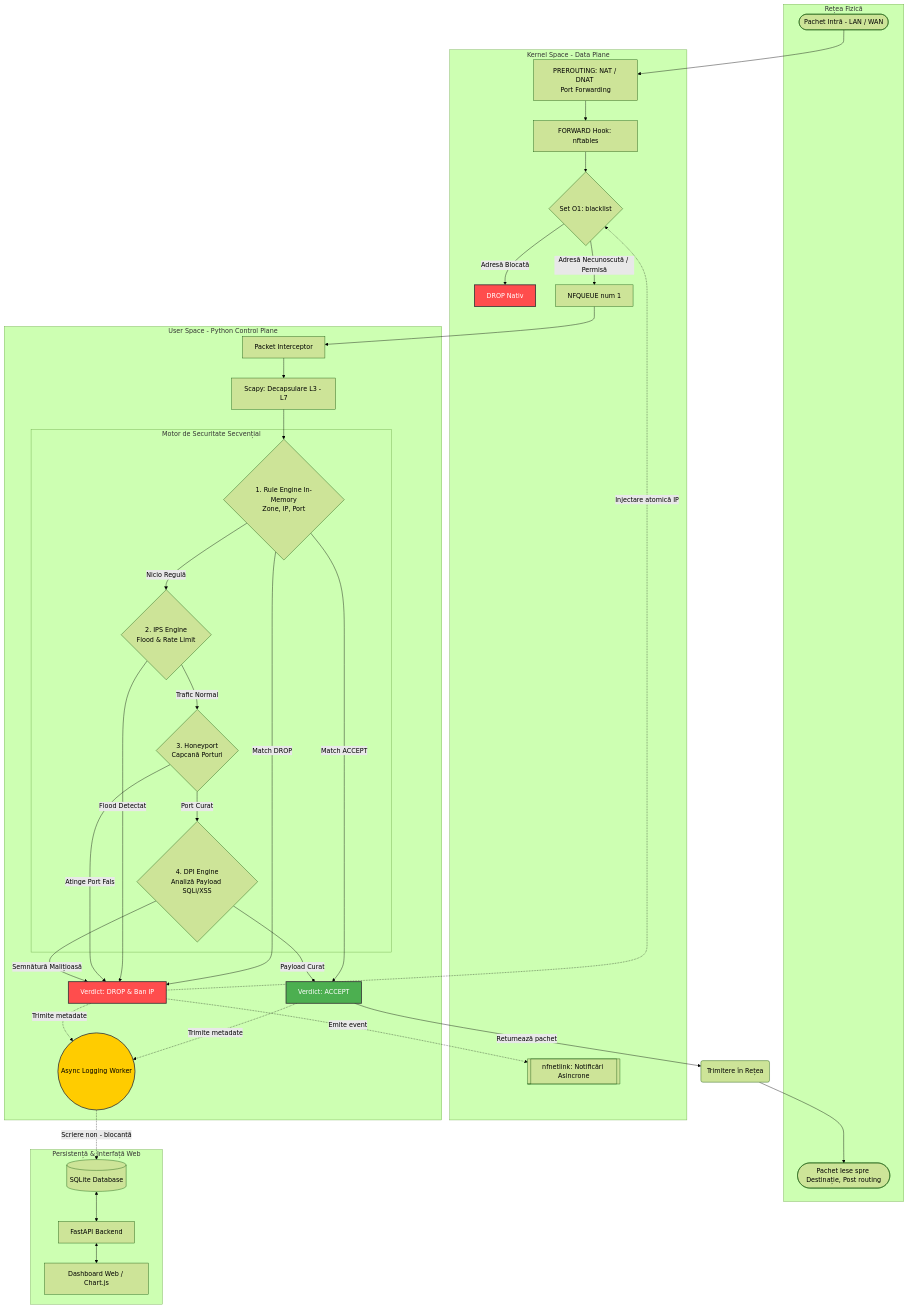
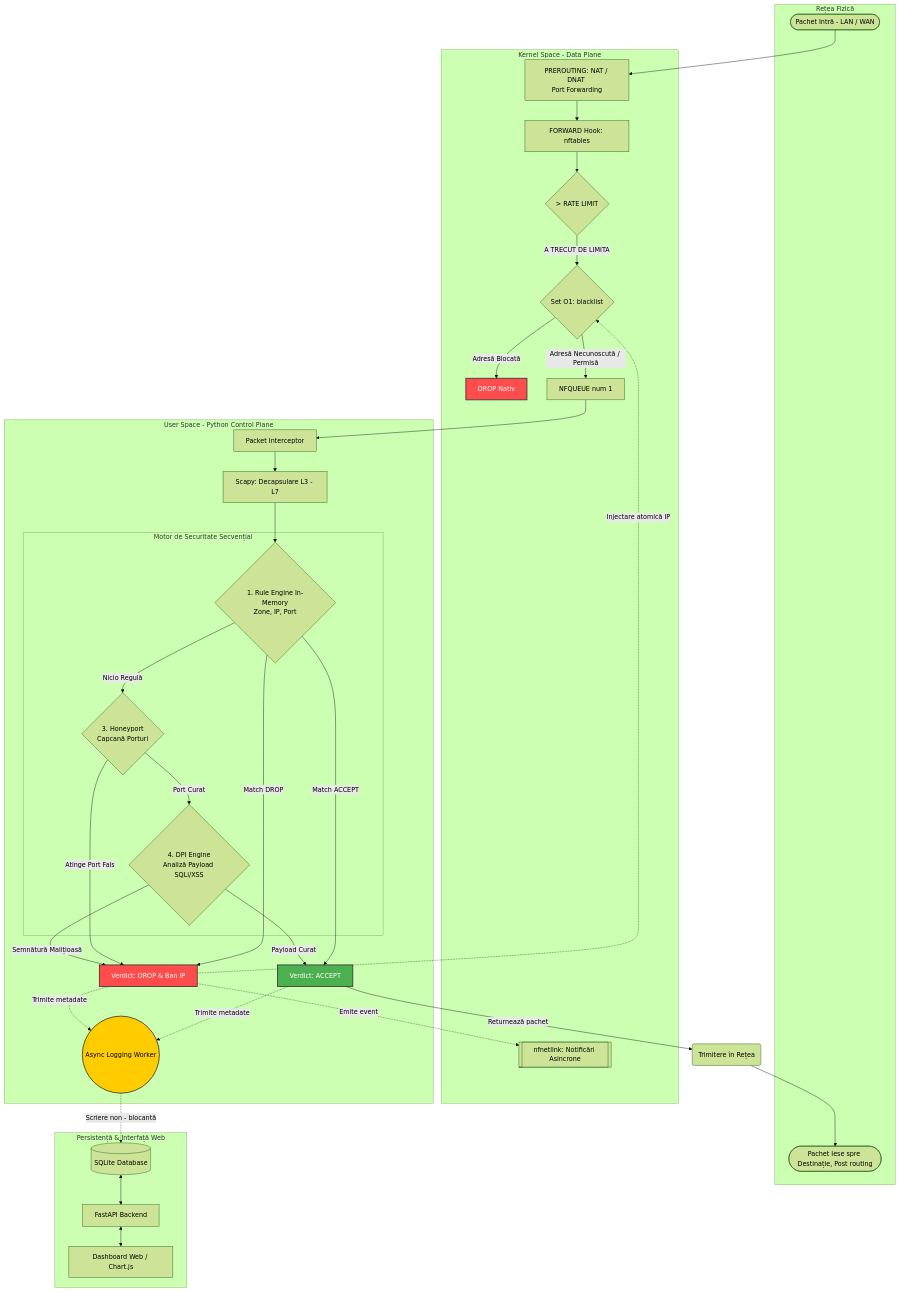
Before and after one commit to EmiCuciu/CuciSec-Lucrare-de-licenta: the diagram in README.md, drawn with Mermaid (forest theme). The commit also changed 10 other files, not shown here.

````diff
--- a/README.md
+++ b/README.md
@@ -40,76 +40,75 @@
 ```mermaid
 flowchart TD
 %% 1. Rețeaua Fizică
     subgraph Network [Rețea Fizică]
         P_IN([Pachet Intră - LAN / WAN])
         P_OUT([Pachet Iese spre Destinație, Post routing])
     end
 
 %% 2. Kernel Space
     subgraph Kernel [Kernel Space - Data Plane]
         NAT[PREROUTING: NAT / DNAT \nPort Forwarding]
         FWD[FORWARD Hook: nftables]
+        IPS{ > RATE LIMIT}
         BL{Set O1: blacklist}
         DROP_K[DROP Nativ]
         NFQ[NFQUEUE num 1]
         NL[[nfnetlink: Notificări Asincrone]]
     end
 
 %% 3. User Space (Python)
     subgraph UserSpace [User Space - Python Control Plane]
         PI[Packet Interceptor]
         SC[Scapy: Decapsulare L3 - L7]
 
         subgraph SecFilters [Motor de Securitate Secvențial]
             RE{1. Rule Engine In-Memory\nZone, IP, Port}
-            IPS{2. IPS Engine\nFlood & Rate Limit}
             HP{3. Honeyport\nCapcană Porturi}
             DPI{4. DPI Engine\nAnaliză Payload SQLi/XSS}
         end
 
         ACT_A[Verdict: ACCEPT]
         ACT_D[Verdict: DROP & Ban IP]
         AW((Async Logging Worker))
     end
 
 %% 4. Bază de date & Web
     subgraph DB_Web [Persistență & Interfață Web]
         SQL[(SQLite Database)]
         API[FastAPI Backend]
         UI[Dashboard Web / Chart.js]
     end
 
 %% Flow-ul principal
     P_IN --> NAT --> FWD
-    FWD --> BL
+    FWD --> IPS
+    IPS --> |A TRECUT DE LIMITA| BL
     BL -->|Adresă Blocată| DROP_K
     BL -->|Adresă Necunoscută / Permisă| NFQ
     NFQ --> PI
     PI --> SC --> RE
 %% Logica de decizie
     RE -->|Match DROP| ACT_D
     RE -->|Match ACCEPT| ACT_A
-    RE -->|Nicio Regulă| IPS
-    IPS -->|Flood Detectat| ACT_D
-    IPS -->|Trafic Normal| HP
+    RE -->|Nicio Regulă| HP
     HP -->|Atinge Port Fals| ACT_D
     HP -->|Port Curat| DPI
     DPI -->|Semnătură Malițioasă| ACT_D
     DPI -->|Payload Curat| ACT_A
 %% Verdict spre Kernel
     ACT_A -->|Returnează pachet| FWD_OUT(Trimitere în Rețea)
     FWD_OUT --> P_OUT
     ACT_D -. Injectare atomică IP .-> BL
     ACT_D -. Emite event .-> NL
 %% Logare Asincronă
     ACT_A -. Trimite metadate .-> AW
     ACT_D -. Trimite metadate .-> AW
     AW -. Scriere non - blocantă .-> SQL
 %% API
     SQL <--> API <--> UI
 %% Stilizare
     style DROP_K fill: #ff4d4d, stroke: #333, stroke-width: 2px, color: white
     style ACT_D fill: #ff4d4d, stroke: #333, stroke-width: 2px, color: white
     style ACT_A fill: #4CAF50, stroke: #333, stroke-width: 2px, color: white
     style AW fill: #ffcc00, stroke: #333, stroke-width: 2px, color: black
 ```
````
